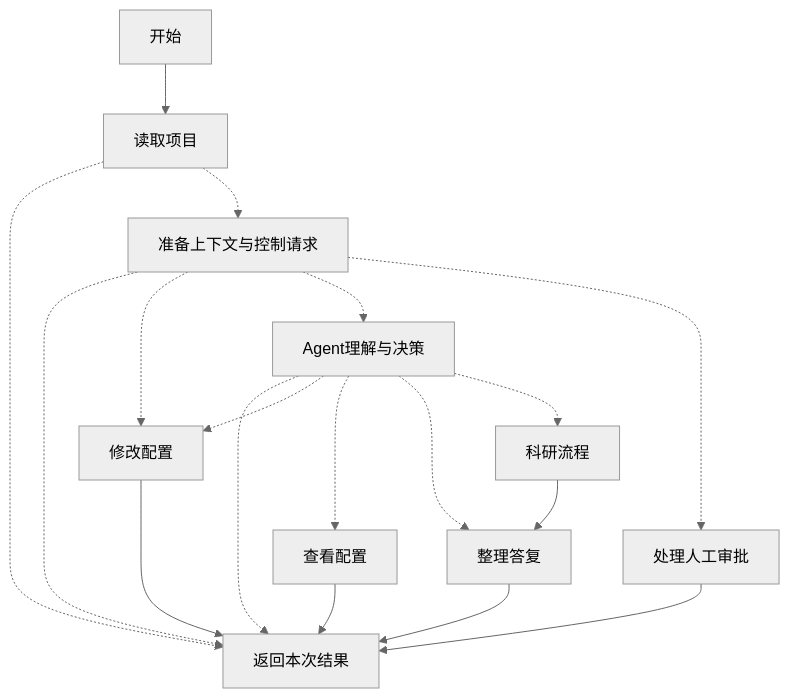
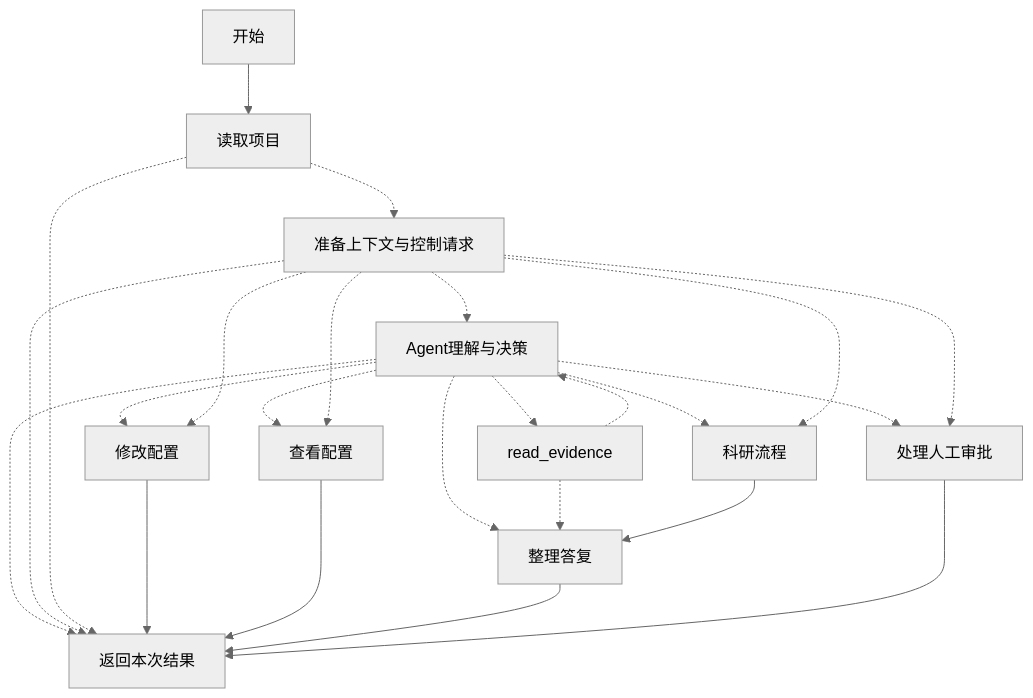
The second of 6 diagrams in docs/architecture/flow.md (Esseco/PhaseDiagramAgent), drawn with Mermaid (neutral theme) before and after one commit. The commit also changed other lines of this file and 394 other files, not shown here.

````diff
--- a/docs/architecture/flow.md
+++ b/docs/architecture/flow.md
@@ -23,30 +23,37 @@
 ```mermaid
 flowchart TD
   n0["开始"]
   n1["读取项目"]
   n2["修改配置"]
   n3["查看配置"]
   n4["处理人工审批"]
   n5["Agent理解与决策"]
   n6["整理答复"]
-  n7["科研流程"]
-  n8["准备上下文与控制请求"]
-  n9["返回本次结果"]
+  n7["read_evidence"]
+  n8["科研流程"]
+  n9["准备上下文与控制请求"]
+  n10["返回本次结果"]
   n0 --> n1
-  n5 -.-> n9
+  n5 -.-> n10
   n5 -.-> n2
   n5 -.-> n3
   n5 -.-> n6
   n5 -.-> n7
-  n8 -.-> n9
-  n8 -.-> n2
-  n8 -.-> n5
-  n8 -.-> n4
+  n5 -.-> n4
+  n5 -.-> n8
+  n9 -.-> n10
+  n9 -.-> n2
+  n9 -.-> n5
+  n9 -.-> n3
+  n9 -.-> n4
+  n9 -.-> n8
+  n7 -.-> n5
+  n7 -.-> n6
+  n1 -.-> n10
   n1 -.-> n9
-  n1 -.-> n8
-  n7 --> n6
-  n2 --> n9
-  n3 --> n9
-  n6 --> n9
-  n4 --> n9
+  n8 --> n6
+  n2 --> n10
+  n3 --> n10
+  n6 --> n10
+  n4 --> n10
 ```
````
